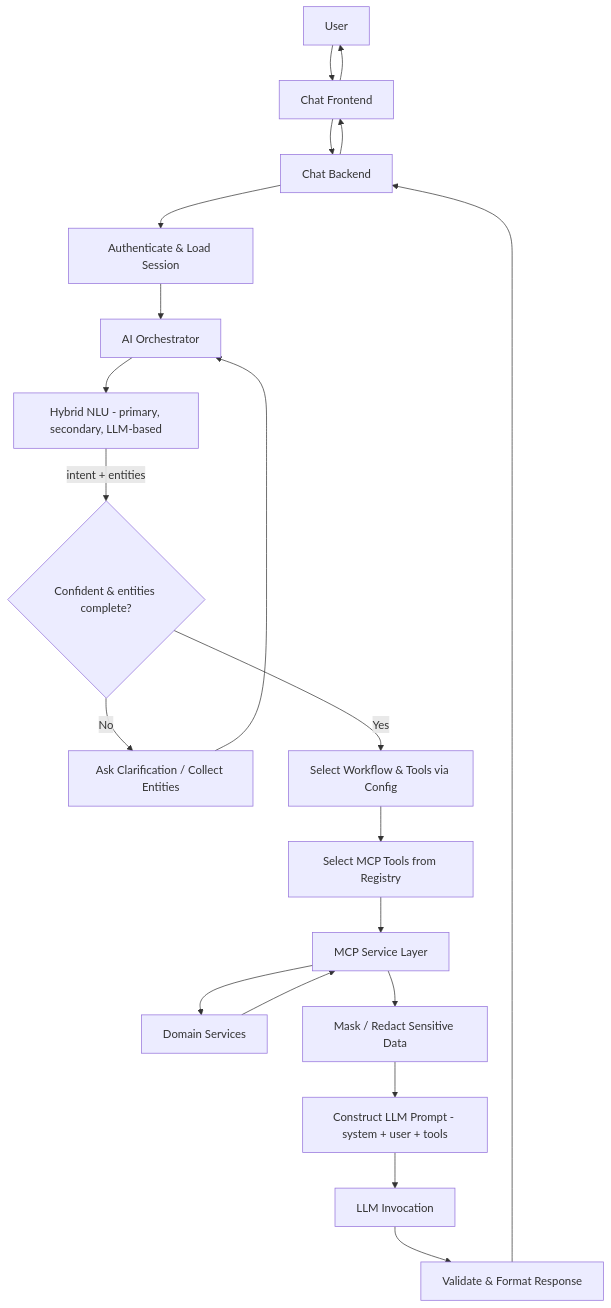
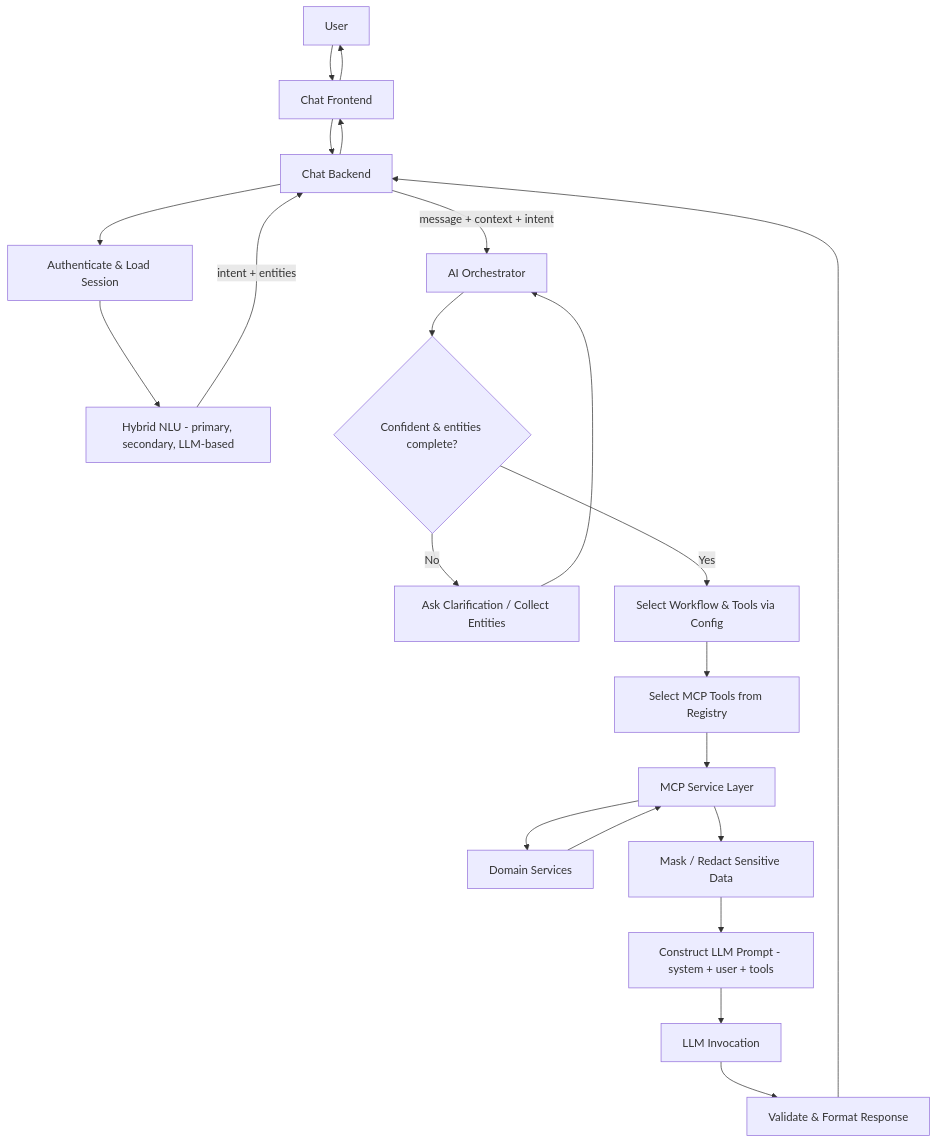
Before and after one commit to kishorekota-dev/map_demo: the second of 6 diagrams in white+paper_banking_chat.md, drawn with Mermaid. The commit also changed other lines of this file, not shown here.

````diff
--- a/white+paper_banking_chat.md
+++ b/white+paper_banking_chat.md
@@ -156,27 +163,29 @@
 ```mermaid
 flowchart TD
   U[User] --> UI2[Chat Frontend]
   UI2 --> BE2[Chat Backend]
   BE2 --> AUTH2[Authenticate & Load Session]
-  AUTH2 --> ORCH2[AI Orchestrator]
 
-  ORCH2 --> NLU2["Hybrid NLU - primary, secondary, LLM-based"]
-  NLU2 -->|intent + entities| DEC2{"Confident & entities complete?"}
+  AUTH2 --> NLU2["Hybrid NLU - primary, secondary, LLM-based"]
+  NLU2 -->|intent + entities| BE2
+  BE2 -->|message + context + intent| ORCH2[AI Orchestrator]
+
+  ORCH2 --> DEC2{"Confident & entities complete?"}
 
   DEC2 -->|No| CLAR2["Ask Clarification / Collect Entities"]
   CLAR2 --> ORCH2
 
   DEC2 -->|Yes| WF2["Select Workflow & Tools via Config"]
   WF2 --> TOOLSEL2["Select MCP Tools from Registry"]
   TOOLSEL2 --> MCP2[MCP Service Layer]
   MCP2 --> DOM2[Domain Services]
   DOM2 --> MCP2
 
   MCP2 --> MASK2["Mask / Redact Sensitive Data"]
   MASK2 --> PROMPT2["Construct LLM Prompt - system + user + tools"]
   PROMPT2 --> LLM2["LLM Invocation"]
   LLM2 --> RESP2["Validate & Format Response"]
   RESP2 --> BE2
   BE2 --> UI2
   UI2 --> U
 ```
````
